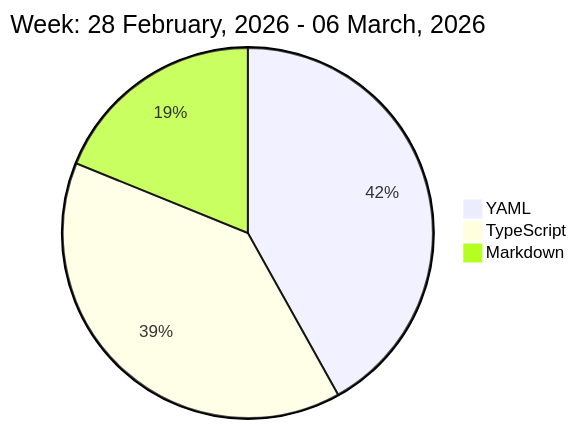
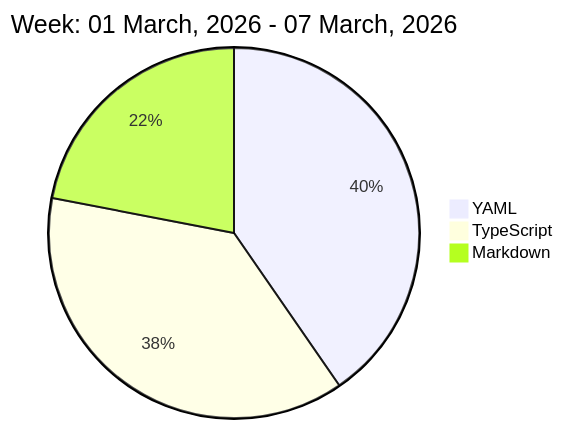
Before and after one commit to liubin95/liubin95: the diagram in README.md, drawn with Mermaid.

Commit message:
Updated the Graph with new Metrics

````diff
--- a/README.md
+++ b/README.md
@@ -37,7 +37,7 @@
 ```mermaid
  pie
-title Week: 28 February, 2026 - 06 March, 2026
- "YAML" : 6.62
- "TypeScript" : 6.2
- "Markdown" : 2.98
+title Week: 01 March, 2026 - 07 March, 2026
+ "YAML" : 5.33
+ "TypeScript" : 4.97
+ "Markdown" : 2.9
 ```
````
